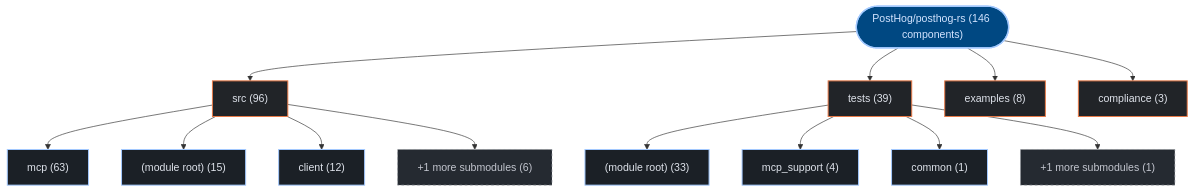
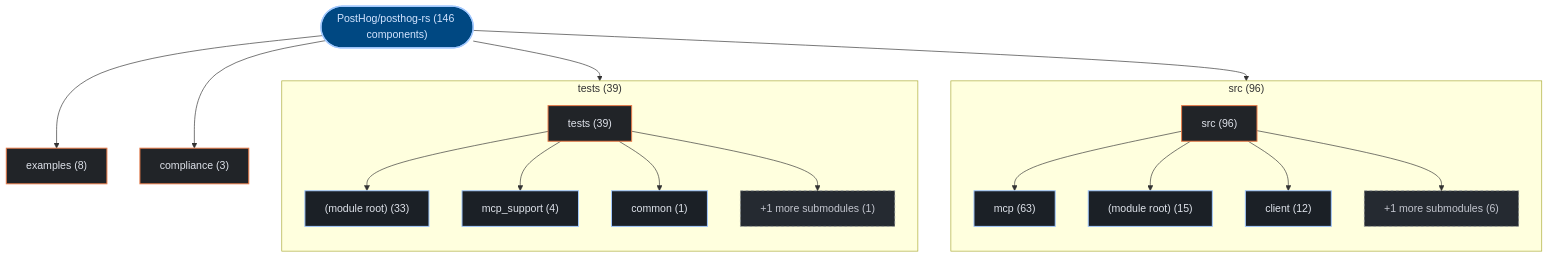
One commit to kumarshaz/atruss-code-atlas changed the first of 3 diagrams in exports/latest/reports/PostHog-posthog-rs-report.md. Above: the diagram before and after it, drawn with Mermaid. The commit also changed 178 other files, not shown here.

Commit message:
feat(ui,mermaid): upgrade to mermaid v12 + ELK layout, add orgs-summary + pagination, subgraph building blocks, fix tab alignment

````diff
--- a/exports/latest/reports/PostHog-posthog-rs-report.md
+++ b/exports/latest/reports/PostHog-posthog-rs-report.md
@@ -42,35 +42,41 @@
 ```mermaid
 graph TD;
   classDef atlasRoot fill:#004882,stroke:#a3c9ff,stroke-width:2px,color:#d3e4ff
   classDef atlasCategory fill:#212428,stroke:#E87A48,stroke-width:1.5px,color:#dfe3eb
   classDef atlasWorkflow fill:#1b2026,stroke:#a3c9ff,stroke-width:1.5px,color:#dfe3eb
   classDef atlasJob fill:#171c22,stroke:#8d9199,stroke-width:1px,color:#dfe3eb
   classDef atlasTarget fill:#005227,stroke:#8bd99b,stroke-width:1.5px,color:#a7f6b6
   classDef atlasAlert fill:#93000a,stroke:#ffb4ab,stroke-width:1.5px,color:#ffdad6
   classDef atlasMore fill:#252a31,stroke:#8d9199,stroke-dasharray:4 4,color:#c3c6cf
     repo_root(["PostHog/posthog-rs (146 components)"]):::atlasRoot
-    dir_0_src["src (96)"]:::atlasCategory
+    subgraph sg_dir_0_src["src (96)"]
+      direction TB
+      dir_0_src["src (96)"]:::atlasCategory
+      sub_0_0_mcp["mcp (63)"]:::atlasWorkflow
+      dir_0_src --> sub_0_0_mcp
+      sub_0_1__module_root_["(module root) (15)"]:::atlasWorkflow
+      dir_0_src --> sub_0_1__module_root_
+      sub_0_2_client["client (12)"]:::atlasWorkflow
+      dir_0_src --> sub_0_2_client
+      sub_0_more["+1 more submodules (6)"]:::atlasMore
+      dir_0_src --> sub_0_more
+    end
     repo_root --> dir_0_src
-    sub_0_0_mcp["mcp (63)"]:::atlasWorkflow
-    dir_0_src --> sub_0_0_mcp
-    sub_0_1__module_root_["(module root) (15)"]:::atlasWorkflow
-    dir_0_src --> sub_0_1__module_root_
-    sub_0_2_client["client (12)"]:::atlasWorkflow
-    dir_0_src --> sub_0_2_client
-    sub_0_more["+1 more submodules (6)"]:::atlasMore
-    dir_0_src --> sub_0_more
-    dir_1_tests["tests (39)"]:::atlasCategory
+    subgraph sg_dir_1_tests["tests (39)"]
+      direction TB
+      dir_1_tests["tests (39)"]:::atlasCategory
+      sub_1_0__module_root_["(module root) (33)"]:::atlasWorkflow
+      dir_1_tests --> sub_1_0__module_root_
+      sub_1_1_mcp_support["mcp_support (4)"]:::atlasWorkflow
+      dir_1_tests --> sub_1_1_mcp_support
+      sub_1_2_common["common (1)"]:::atlasWorkflow
+      dir_1_tests --> sub_1_2_common
+      sub_1_more["+1 more submodules (1)"]:::atlasMore
+      dir_1_tests --> sub_1_more
+    end
     repo_root --> dir_1_tests
-    sub_1_0__module_root_["(module root) (33)"]:::atlasWorkflow
-    dir_1_tests --> sub_1_0__module_root_
-    sub_1_1_mcp_support["mcp_support (4)"]:::atlasWorkflow
-    dir_1_tests --> sub_1_1_mcp_support
-    sub_1_2_common["common (1)"]:::atlasWorkflow
-    dir_1_tests --> sub_1_2_common
-    sub_1_more["+1 more submodules (1)"]:::atlasMore
-    dir_1_tests --> sub_1_more
     dir_2_examples["examples (8)"]:::atlasCategory
     repo_root --> dir_2_examples
     dir_3_compliance["compliance (3)"]:::atlasCategory
     repo_root --> dir_3_compliance
 ```
````
